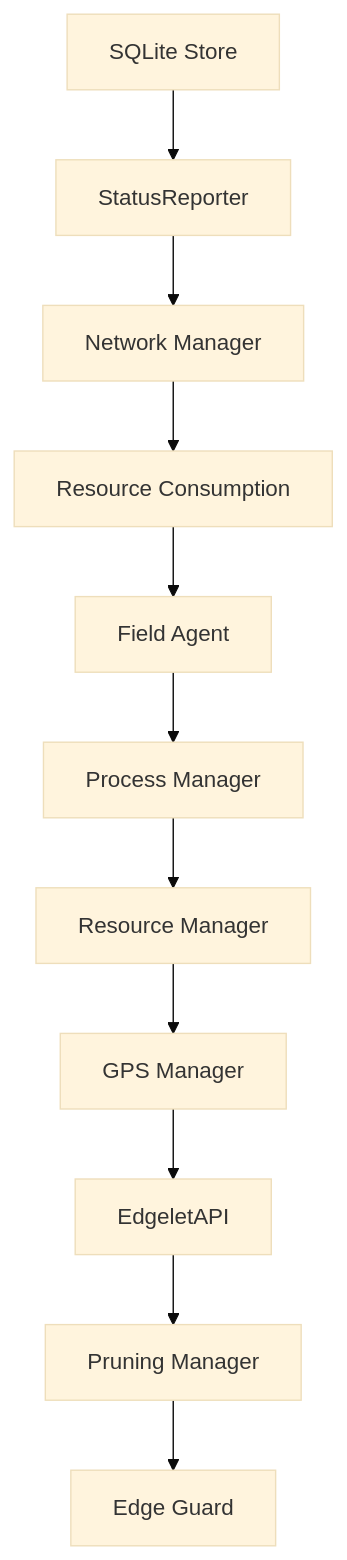
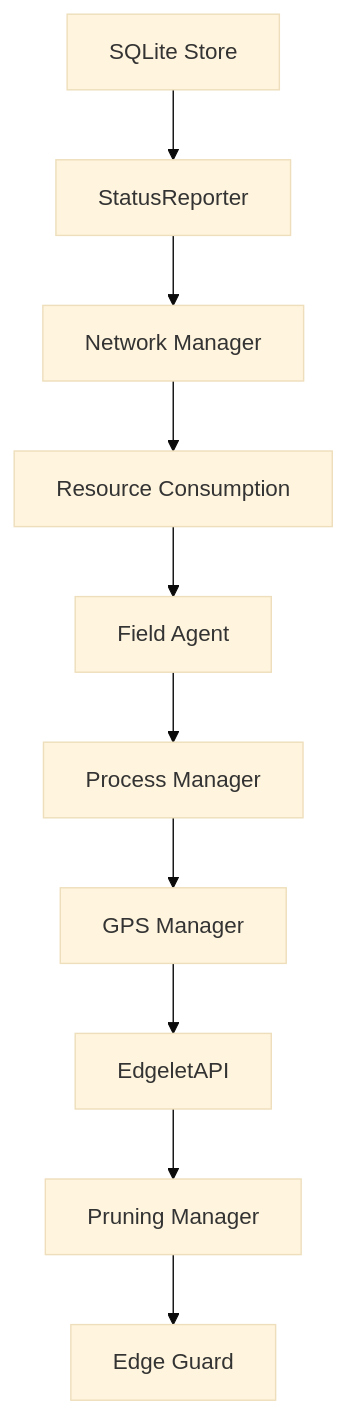
The diagram in docs/edgelet/modules/README.md (Datasance/edgelet), drawn with Mermaid (base theme) before and after one commit. The commit also changed other lines of this file and 19 other files, not shown here.

````diff
--- a/docs/edgelet/modules/README.md
+++ b/docs/edgelet/modules/README.md
@@ -9,25 +9,23 @@
 ```mermaid
 graph TD
     DB["SQLite Store"]
     SR["StatusReporter"]
     NET["Network Manager"]
     RC["Resource Consumption"]
     FA["Field Agent"]
     PM["Process Manager"]
-    RM["Resource Manager"]
     GPS["GPS Manager"]
     API["EdgeletAPI"]
     PR["Pruning Manager"]
     EG["Edge Guard"]
 
     DB --> SR
     SR --> NET
     NET --> RC
     RC --> FA
     FA --> PM
-    PM --> RM
-    RM --> GPS
+    PM --> GPS
     GPS --> API
     API --> PR
     PR --> EG
 ```
````
